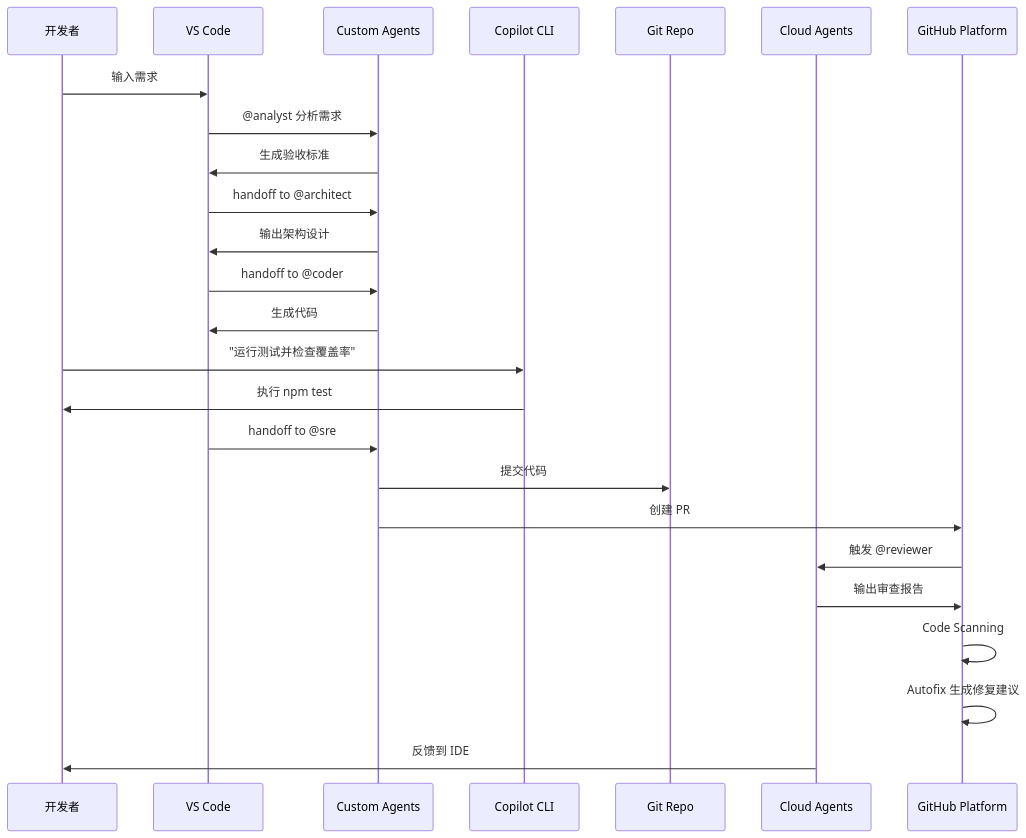
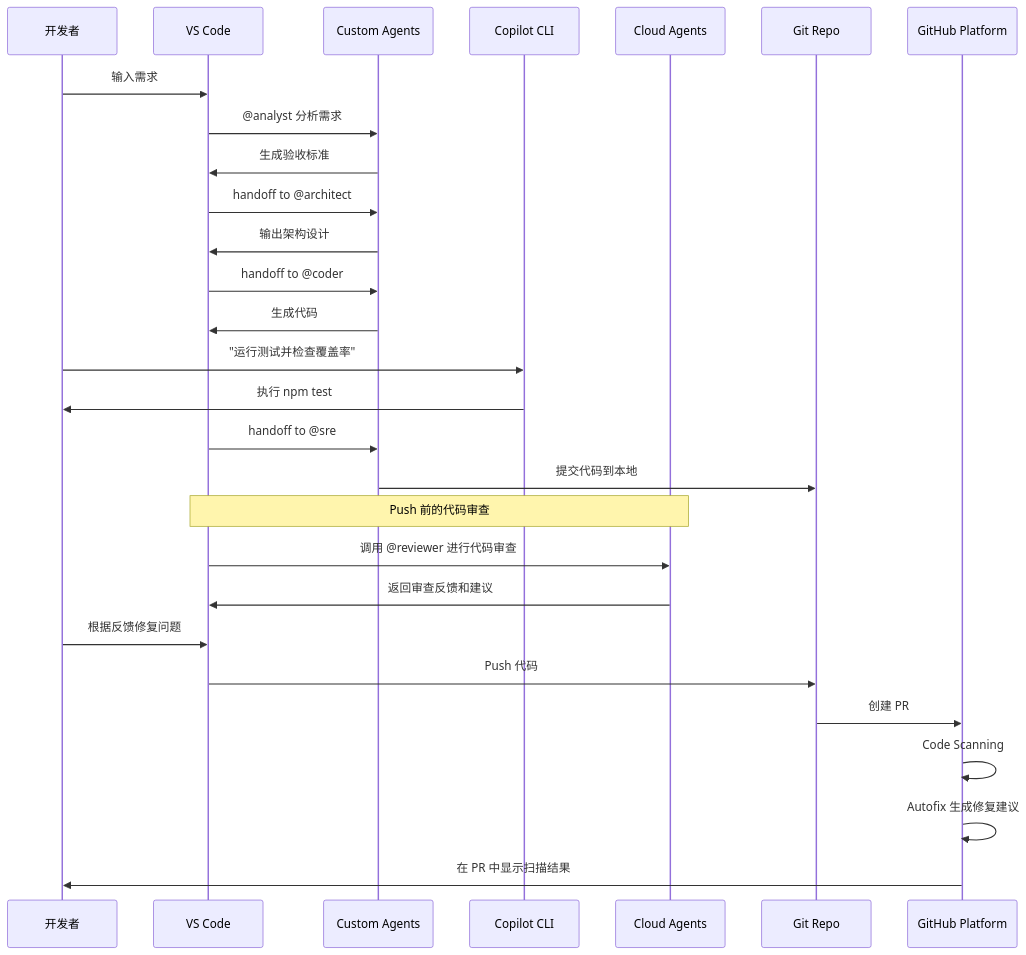
One commit to ghcpSharing/library changed the second of 4 diagrams in labs/agents/README.md. Above: the diagram before and after it, drawn with Mermaid. The commit also changed other lines of this file, not shown here.

Commit message:
prepare agents demo

````diff
--- a/labs/agents/README.md
+++ b/labs/agents/README.md
@@ -159,35 +160,38 @@
 ```mermaid
 sequenceDiagram
     participant Dev as 开发者
     participant IDE as VS Code
     participant Local as Custom Agents
     participant CLI as Copilot CLI
+    participant Cloud as Cloud Agents
     participant Git as Git Repo
-    participant Cloud as Cloud Agents
     participant GH as GitHub Platform
     
     Dev->>IDE: 输入需求
     IDE->>Local: @analyst 分析需求
     Local->>IDE: 生成验收标准
     
     IDE->>Local: handoff to @architect
     Local->>IDE: 输出架构设计
     
     IDE->>Local: handoff to @coder
     Local->>IDE: 生成代码
     
     Dev->>CLI: "运行测试并检查覆盖率"
     CLI->>Dev: 执行 npm test
     
     IDE->>Local: handoff to @sre
-    Local->>Git: 提交代码
-    Local->>GH: 创建 PR
+    Local->>Git: 提交代码到本地
     
-    GH->>Cloud: 触发 @reviewer
-    Cloud->>GH: 输出审查报告
+    Note over IDE,Cloud: Push 前的代码审查
+    IDE->>Cloud: 调用 @reviewer 进行代码审查
+    Cloud->>IDE: 返回审查反馈和建议
+    
+    Dev->>IDE: 根据反馈修复问题
+    IDE->>Git: Push 代码
+    Git->>GH: 创建 PR
     
     GH->>GH: Code Scanning
     GH->>GH: Autofix 生成修复建议
-    
-    Cloud->>Dev: 反馈到 IDE
+    GH->>Dev: 在 PR 中显示扫描结果
 ```
````
